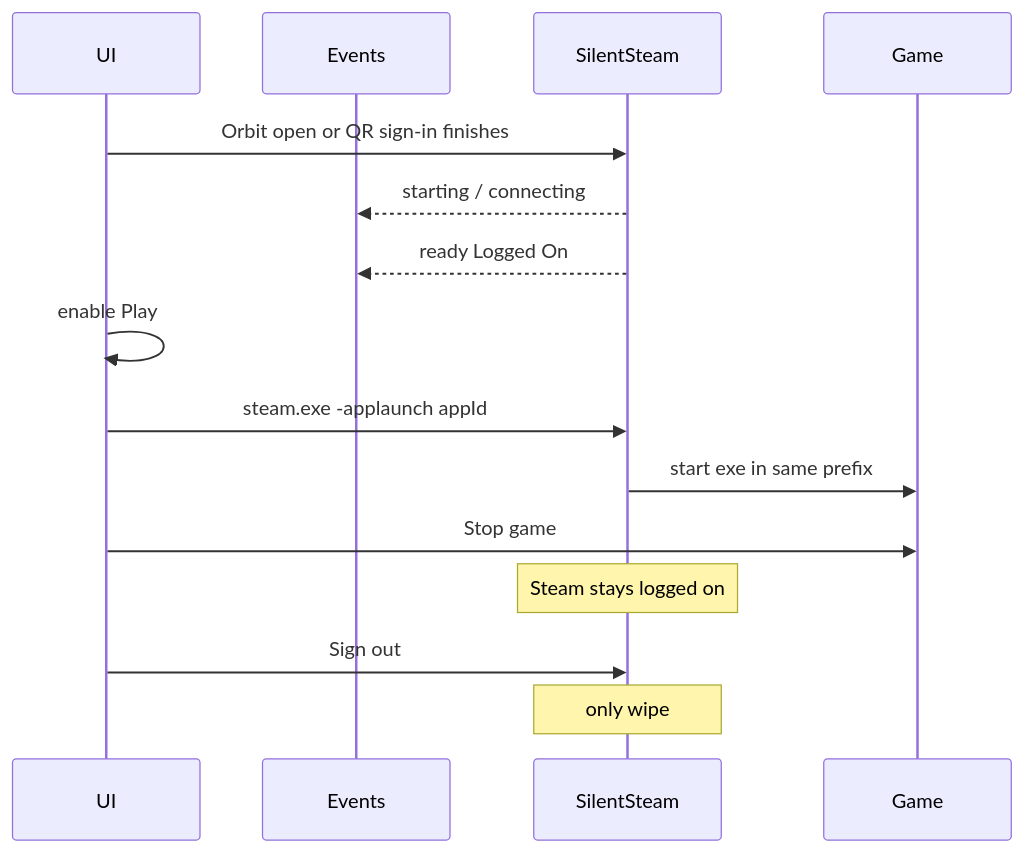
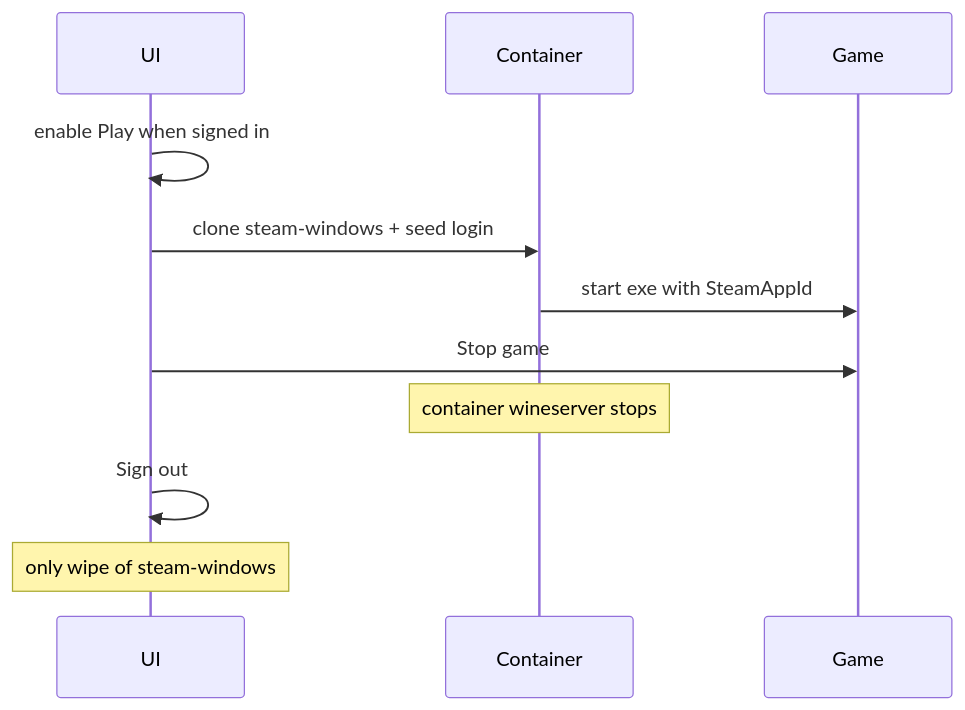
One commit to LFSCamargo/orbit changed the second of 2 diagrams in docs/STEAM_WINDOWS.md. Above: the diagram before and after it, drawn with Mermaid. The commit also changed other lines of this file and 150 other files, not shown here.

First line of the commit message:
feat(containers): CrossOver-class Orbit Wine with D3DMetal and Steam sign-in seeding

````diff
--- a/docs/STEAM_WINDOWS.md
+++ b/docs/STEAM_WINDOWS.md
@@ -38,17 +36,13 @@
 ```mermaid
 sequenceDiagram
   participant UI
-  participant Events
-  participant SilentSteam
+  participant Container
   participant Game
-  UI->>SilentSteam: Orbit open or QR sign-in finishes
-  SilentSteam-->>Events: starting / connecting
-  SilentSteam-->>Events: ready Logged On
-  UI->>UI: enable Play
-  UI->>SilentSteam: steam.exe -applaunch appId
-  SilentSteam->>Game: start exe in same prefix
+  UI->>UI: enable Play when signed in
+  UI->>Container: clone steam-windows + seed login
+  Container->>Game: start exe with SteamAppId
   UI->>Game: Stop game
-  Note over SilentSteam: Steam stays logged on
-  UI->>SilentSteam: Sign out
-  Note over SilentSteam: only wipe
+  Note over Container: container wineserver stops
+  UI->>UI: Sign out
+  Note over UI: only wipe of steam-windows
 ```
````
